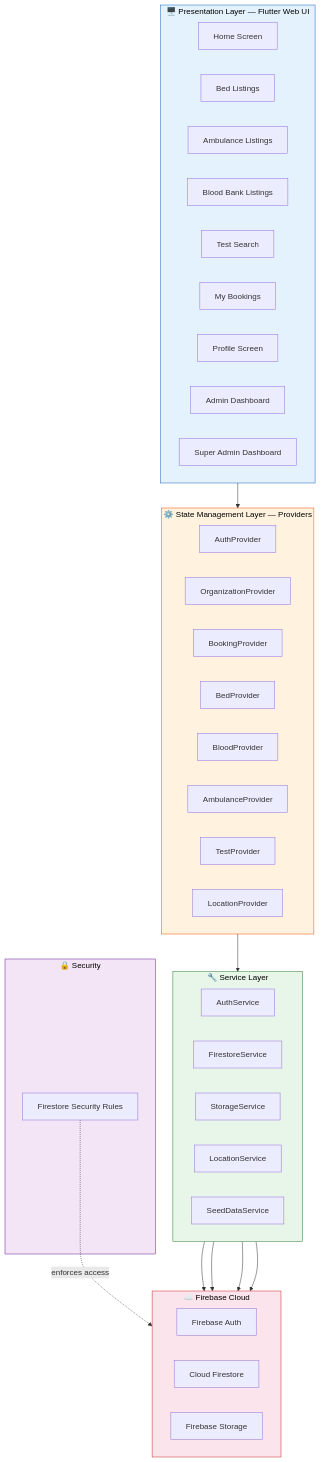
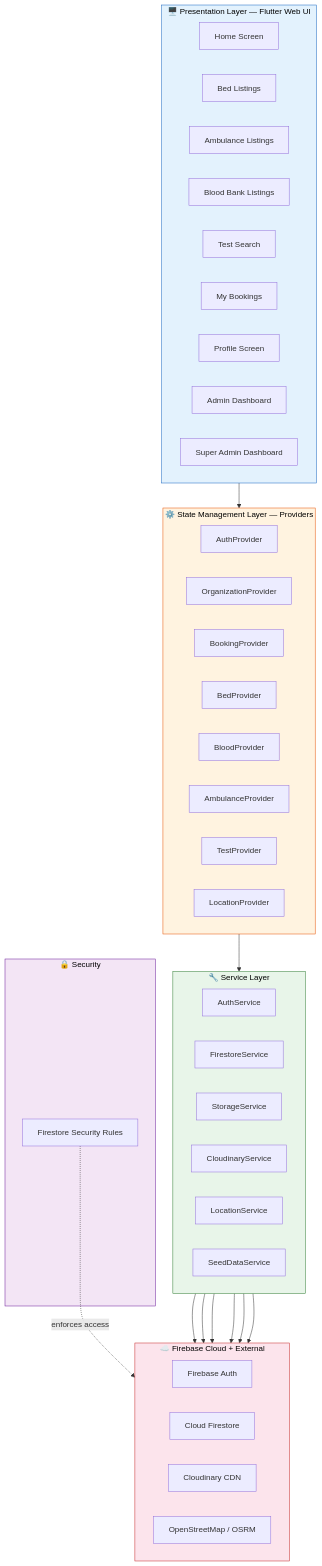
The first of 14 diagrams in SDP_Report_Diagrams.md (Aurorabtw/emergency-health-services), drawn with Mermaid before and after one commit. The commit also changed other lines of this file and 1 other file, not shown here.

First line of the commit message:
Update SDP report diagrams and LaTeX for current tech stack

````diff
--- a/SDP_Report_Diagrams.md
+++ b/SDP_Report_Diagrams.md
@@ -7,61 +7,65 @@
 ```mermaid
 graph TB
     subgraph PL["🖥️ Presentation Layer — Flutter Web UI"]
         direction LR
         HS[Home Screen]
         BLS[Bed Listings]
         ALS[Ambulance Listings]
         BBS[Blood Bank Listings]
         TSS[Test Search]
         BKS[My Bookings]
         PS[Profile Screen]
         AD[Admin Dashboard]
         SAD[Super Admin Dashboard]
     end
 
     subgraph SML["⚙️ State Management Layer — Providers"]
         direction LR
         AP[AuthProvider]
         OP[OrganizationProvider]
         BP[BookingProvider]
         BedP[BedProvider]
         BloodP[BloodProvider]
         AmbP[AmbulanceProvider]
         TP[TestProvider]
         LP[LocationProvider]
     end
 
     subgraph SL["🔧 Service Layer"]
         direction LR
         AS[AuthService]
         FS[FirestoreService]
         SS[StorageService]
+        CS[CloudinaryService]
         LS[LocationService]
         SDS[SeedDataService]
     end
 
-    subgraph FL["☁️ Firebase Cloud"]
+    subgraph FL["☁️ Firebase Cloud + External"]
         direction LR
         FA[Firebase Auth]
         CF[Cloud Firestore]
-        FStorage[Firebase Storage]
+        CLD[Cloudinary CDN]
+        OSM[OpenStreetMap / OSRM]
     end
 
     subgraph SEC["🔒 Security"]
         FSR[Firestore Security Rules]
     end
 
     PL --> SML
     SML --> SL
     AS --> FA
     FS --> CF
-    SS --> FStorage
+    SS --> CLD
+    CS --> CLD
+    LS --> OSM
     SDS --> CF
     FSR -.->|enforces access| CF
 
     style PL fill:#e3f2fd,stroke:#1565c0,color:#000
     style SML fill:#fff3e0,stroke:#e65100,color:#000
     style SL fill:#e8f5e9,stroke:#2e7d32,color:#000
     style FL fill:#fce4ec,stroke:#c62828,color:#000
     style SEC fill:#f3e5f5,stroke:#6a1b9a,color:#000
 ```
````
